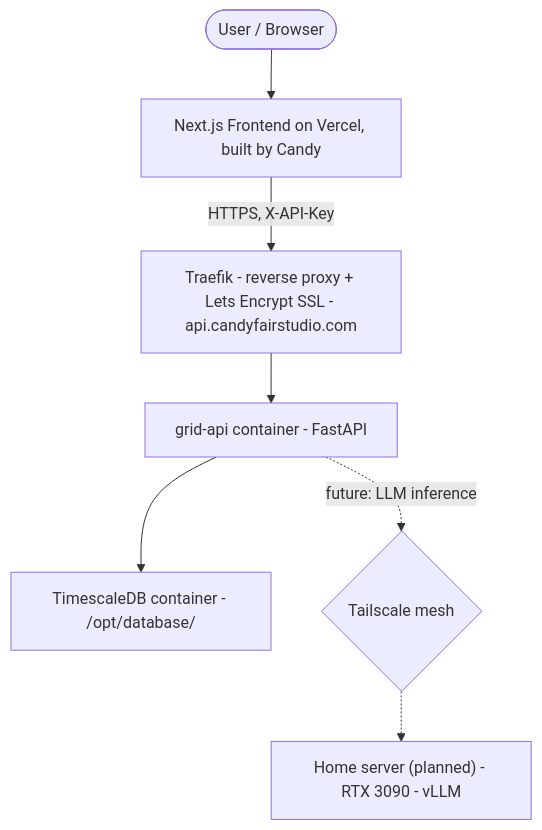
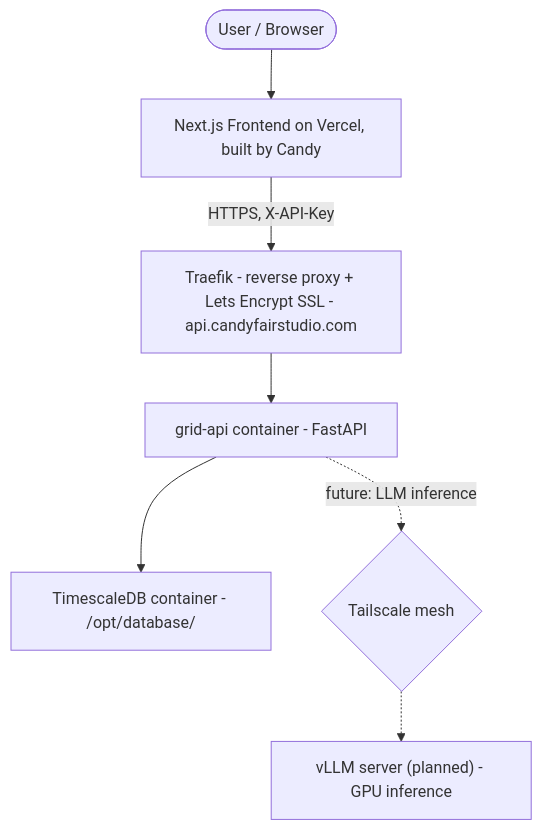
One commit to OpenFoundationRenewableOperationGrids/rada-backend changed the first of 3 diagrams in README.md. Above: the diagram before and after it, drawn with Mermaid. The commit also changed other lines of this file and 1 other file, not shown here.

Commit message:
Use generic vLLM server wording instead of Spark/home server

````diff
--- a/README.md
+++ b/README.md
@@ -52,17 +52,17 @@
 ```mermaid
 graph TD
     User([User / Browser])
     FE["Next.js Frontend on Vercel, built by Candy"]
     Traefik["Traefik - reverse proxy + Lets Encrypt SSL - api.candyfairstudio.com"]
     API["grid-api container - FastAPI"]
     DB["TimescaleDB container - /opt/database/"]
     TS{Tailscale mesh}
-    Home["Home server (planned) - RTX 3090 - vLLM"]
+    Home["vLLM server (planned) - GPU inference"]
 
     User --> FE
     FE -->|HTTPS, X-API-Key| Traefik
     Traefik --> API
     API --> DB
     API -.->|future: LLM inference| TS
     TS -.-> Home
 ```
````
